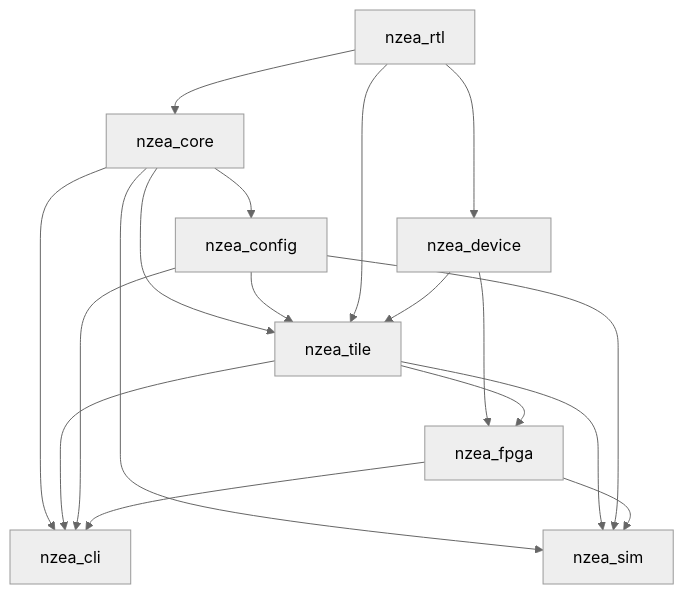
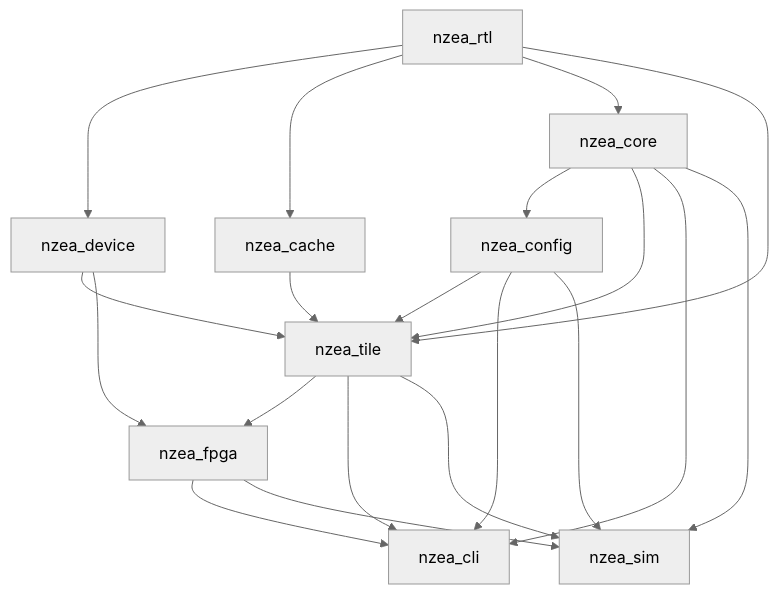
Before and after one commit to CodeWenjiu/NZEA: the diagram in AGENTS.md, drawn with Mermaid (neutral theme). The commit also changed other lines of this file and 4 other files, not shown here.

````diff
--- a/AGENTS.md
+++ b/AGENTS.md
@@ -18,20 +19,22 @@
 ```mermaid
 flowchart TD
     rtl[nzea_rtl] --> device[nzea_device]
+    rtl --> cache[nzea_cache]
     rtl --> core[nzea_core]
     core --> config[nzea_config]
     core --> tile[nzea_tile]
+    cache --> tile
     config --> tile
     rtl --> tile
     device --> tile
     device --> fpga[nzea_fpga]
     tile --> fpga
     core --> cli[nzea_cli]
     tile --> cli
     config --> cli
     fpga --> cli
     core --> sim[nzea_sim]
     tile --> sim
     config --> sim
     fpga --> sim
 ```
````
